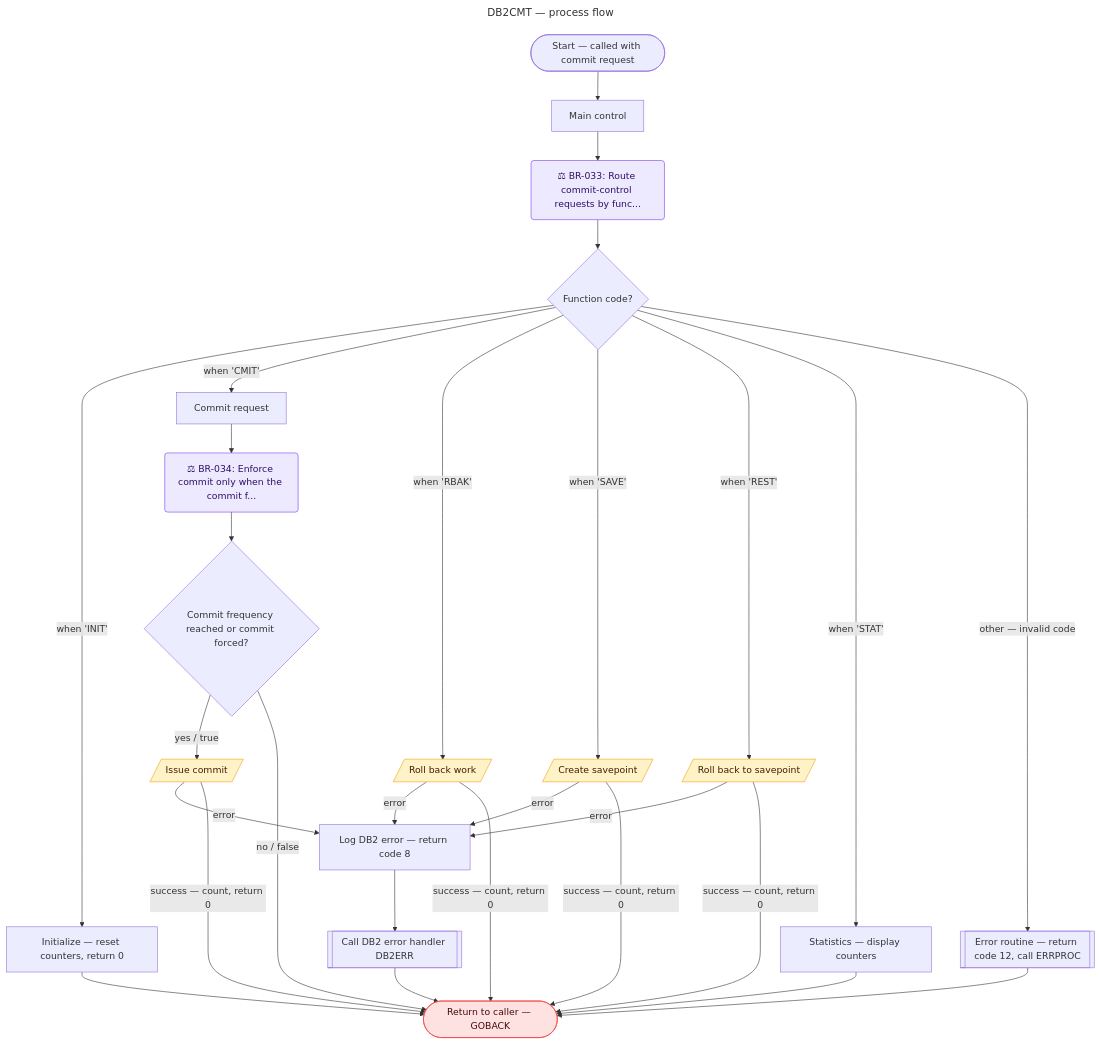
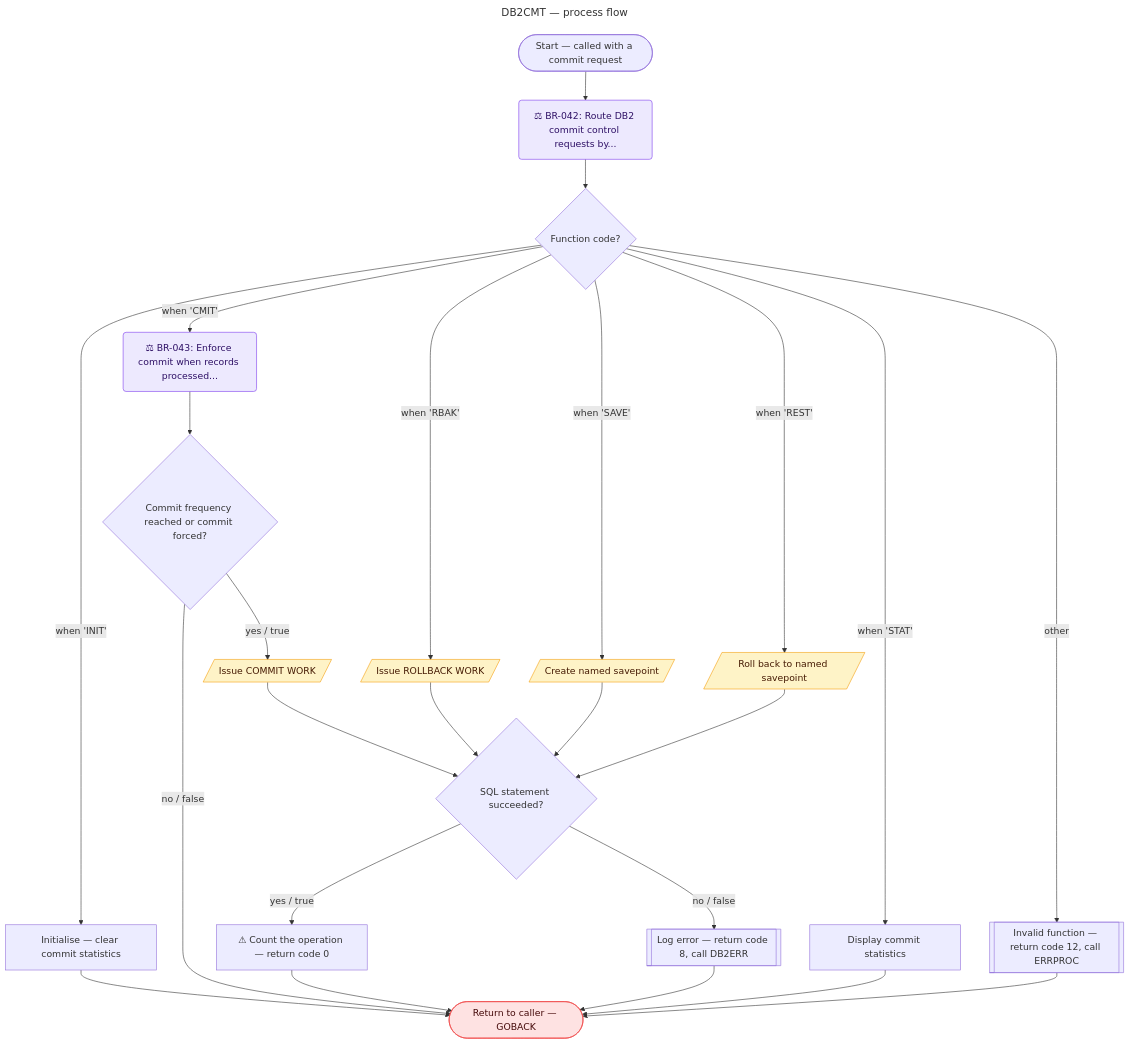
The diagram in output/diagram/diagrams/flow_DB2CMT.mmd (vighnasreevara/REVFORGE-Harness), drawn with Mermaid before and after one commit. The commit also changed 352 other files, not shown here.

```diff
--- a/output/diagram/diagrams/flow_DB2CMT.mmd
+++ b/output/diagram/diagrams/flow_DB2CMT.mmd
@@ -1,81 +1,73 @@
 ---
 title: DB2CMT — process flow
 ---
 flowchart TD
   %% Generated by 6_diagram agent — sequence-builder skill
-  %% Program: DB2CMT (called subprogram, logic_status partial) — 10 paragraphs, 2 business rules (2 inline)
+  %% Program: DB2CMT (called subprogram) — 10 paragraphs, 3 business rules, logic_status partial
   %% Edges: solid = confirmed; -.-> runtime:/uncertain: = uncertain; -.-> ? = unsupported
 
-  classDef rule     fill:#ede9fe,stroke:#7c3aed,color:#2e1065
-  classDef io       fill:#fef3c7,stroke:#f59e0b,color:#451a03
-  classDef terminal fill:#fee2e2,stroke:#ef4444,color:#450a0a
+  classDef rule       fill:#ede9fe,stroke:#7c3aed,color:#2e1065
+  classDef io         fill:#fef3c7,stroke:#f59e0b,color:#451a03
+  classDef terminal   fill:#fee2e2,stroke:#ef4444,color:#450a0a
 
-  START(["Start — called with commit request"])
-  PARA_0000["Main control"]
-  RULE_BR033("⚖ BR-033: Route commit-control requests by func..."):::rule
+  START(["Start — called with a commit request"])
+  RULE_BR042("⚖ BR-042: Route DB2 commit control requests by..."):::rule
   DEC_FUNC{"Function code?"}
-  PARA_1000["Initialize — reset counters, return 0"]
-  PARA_2000["Commit request"]
-  RULE_BR034("⚖ BR-034: Enforce commit only when the commit f..."):::rule
+  PARA_1000["Initialise — clear commit statistics"]
+  RULE_BR043("⚖ BR-043: Enforce commit when records processed..."):::rule
   DEC_COMMIT{"Commit frequency reached or commit forced?"}
-  PARA_2100[/"Issue commit"/]:::io
-  PARA_3000[/"Roll back work"/]:::io
-  PARA_4000[/"Create savepoint"/]:::io
-  PARA_5000[/"Roll back to savepoint"/]:::io
-  PARA_9100["Log DB2 error — return code 8"]
-  CALL_DB2ERR[["Call DB2 error handler DB2ERR"]]
-  PARA_6000["Statistics — display counters"]
-  PARA_9000[["Error routine — return code 12, call ERRPROC"]]
+  IO_COMMIT[/"Issue COMMIT WORK"/]:::io
+  IO_RBACK[/"Issue ROLLBACK WORK"/]:::io
+  IO_SAVE[/"Create named savepoint"/]:::io
+  IO_REST[/"Roll back to named savepoint"/]:::io
+  DEC_SQL{"SQL statement succeeded?"}
+  SET_OK["⚠ Count the operation — return code 0"]
+  CALL_DB2ERR[["Log error — return code 8, call DB2ERR"]]
+  PARA_6000["Display commit statistics"]
+  CALL_ERRPROC[["Invalid function — return code 12, call ERRPROC"]]
   TERMINAL(["Return to caller — GOBACK"]):::terminal
 
-  START --> PARA_0000
-  PARA_0000 --> RULE_BR033
-  RULE_BR033 --> DEC_FUNC
-  DEC_FUNC -->|when 'INIT'| PARA_1000
-  DEC_FUNC -->|when 'CMIT'| PARA_2000
-  DEC_FUNC -->|when 'RBAK'| PARA_3000
-  DEC_FUNC -->|when 'SAVE'| PARA_4000
-  DEC_FUNC -->|when 'REST'| PARA_5000
-  DEC_FUNC -->|when 'STAT'| PARA_6000
-  DEC_FUNC -->|other — invalid code| PARA_9000
-  PARA_2000 --> RULE_BR034
-  RULE_BR034 --> DEC_COMMIT
-  DEC_COMMIT -->|yes / true| PARA_2100
-  DEC_COMMIT -->|no / false| TERMINAL
-  PARA_2100 -->|error| PARA_9100
-  PARA_3000 -->|error| PARA_9100
-  PARA_4000 -->|error| PARA_9100
-  PARA_5000 -->|error| PARA_9100
-  PARA_9100 --> CALL_DB2ERR
-  CALL_DB2ERR --> TERMINAL
-  PARA_2100 -->|success — count, return 0| TERMINAL
-  PARA_3000 -->|success — count, return 0| TERMINAL
-  PARA_4000 -->|success — count, return 0| TERMINAL
-  PARA_5000 -->|success — count, return 0| TERMINAL
-  PARA_1000 --> TERMINAL
-  PARA_6000 --> TERMINAL
-  PARA_9000 --> TERMINAL
-
-  %% REVFORGE-ID START file_id=SYS-PORTFOLIO-001-FIL-0054 path_id=SYS-PORTFOLIO-001-PATH-0054
-  %% REVFORGE-ID PARA_0000 paragraph_id=SYS-PORTFOLIO-001-FIL-0054-PAR-0001 statement_id=null
-  %% REVFORGE-ID RULE_BR033 paragraph_id=SYS-PORTFOLIO-001-FIL-0054-PAR-0001 statement_id=SYS-PORTFOLIO-001-FIL-0054-STMT-000001 rule_id=BR-033
+  %% REVFORGE-ID RULE_BR042 paragraph_id=SYS-PORTFOLIO-001-FIL-0054-PAR-0001 statement_id=SYS-PORTFOLIO-001-FIL-0054-STMT-000001
   %% REVFORGE-ID DEC_FUNC paragraph_id=SYS-PORTFOLIO-001-FIL-0054-PAR-0001 statement_id=SYS-PORTFOLIO-001-FIL-0054-STMT-000001
   %% REVFORGE-ID PARA_1000 paragraph_id=SYS-PORTFOLIO-001-FIL-0054-PAR-0002 statement_id=SYS-PORTFOLIO-001-FIL-0054-STMT-000025
-  %% REVFORGE-ID PARA_2000 paragraph_id=SYS-PORTFOLIO-001-FIL-0054-PAR-0003 statement_id=SYS-PORTFOLIO-001-FIL-0054-STMT-000024
-  %% REVFORGE-ID RULE_BR034 paragraph_id=SYS-PORTFOLIO-001-FIL-0054-PAR-0003 statement_id=SYS-PORTFOLIO-001-FIL-0054-STMT-000005 rule_id=BR-034
-  %% REVFORGE-ID DEC_COMMIT paragraph_id=SYS-PORTFOLIO-001-FIL-0054-PAR-0003 statement_id=SYS-PORTFOLIO-001-FIL-0054-STMT-000005 field_id=SYS-PORTFOLIO-001-FIL-0054-FLD-000013
-  %% REVFORGE-ID PARA_2100 paragraph_id=SYS-PORTFOLIO-001-FIL-0054-PAR-0004 statement_id=SYS-PORTFOLIO-001-FIL-0054-STMT-000006
-  %% REVFORGE-ID PARA_3000 paragraph_id=SYS-PORTFOLIO-001-FIL-0054-PAR-0005 statement_id=SYS-PORTFOLIO-001-FIL-0054-STMT-000008
-  %% REVFORGE-ID PARA_4000 paragraph_id=SYS-PORTFOLIO-001-FIL-0054-PAR-0006 statement_id=SYS-PORTFOLIO-001-FIL-0054-STMT-000011
-  %% REVFORGE-ID PARA_5000 paragraph_id=SYS-PORTFOLIO-001-FIL-0054-PAR-0007 statement_id=SYS-PORTFOLIO-001-FIL-0054-STMT-000014
-  %% REVFORGE-ID PARA_9100 paragraph_id=SYS-PORTFOLIO-001-FIL-0054-PAR-0010 statement_id=null
+  %% REVFORGE-ID RULE_BR043 paragraph_id=SYS-PORTFOLIO-001-FIL-0054-PAR-0003 statement_id=SYS-PORTFOLIO-001-FIL-0054-STMT-000005
+  %% REVFORGE-ID DEC_COMMIT paragraph_id=SYS-PORTFOLIO-001-FIL-0054-PAR-0003 statement_id=SYS-PORTFOLIO-001-FIL-0054-STMT-000005
+  %% REVFORGE-ID IO_COMMIT paragraph_id=SYS-PORTFOLIO-001-FIL-0054-PAR-0004 statement_id=SYS-PORTFOLIO-001-FIL-0054-STMT-000006
+  %% REVFORGE-ID IO_RBACK paragraph_id=SYS-PORTFOLIO-001-FIL-0054-PAR-0005 statement_id=SYS-PORTFOLIO-001-FIL-0054-STMT-000008
+  %% REVFORGE-ID IO_SAVE paragraph_id=SYS-PORTFOLIO-001-FIL-0054-PAR-0006 statement_id=SYS-PORTFOLIO-001-FIL-0054-STMT-000011
+  %% REVFORGE-ID IO_REST paragraph_id=SYS-PORTFOLIO-001-FIL-0054-PAR-0007 statement_id=SYS-PORTFOLIO-001-FIL-0054-STMT-000014
+  %% REVFORGE-ID DEC_SQL paragraph_id=SYS-PORTFOLIO-001-FIL-0054-PAR-0004 statement_id=SYS-PORTFOLIO-001-FIL-0054-STMT-000007
+  %% REVFORGE-ID SET_OK paragraph_id=SYS-PORTFOLIO-001-FIL-0054-PAR-0004 statement_id=SYS-PORTFOLIO-001-FIL-0054-STMT-000037
   %% REVFORGE-ID CALL_DB2ERR paragraph_id=SYS-PORTFOLIO-001-FIL-0054-PAR-0010 statement_id=SYS-PORTFOLIO-001-FIL-0054-STMT-000023
   %% REVFORGE-ID PARA_6000 paragraph_id=SYS-PORTFOLIO-001-FIL-0054-PAR-0008 statement_id=SYS-PORTFOLIO-001-FIL-0054-STMT-000029
-  %% REVFORGE-ID PARA_9000 paragraph_id=SYS-PORTFOLIO-001-FIL-0054-PAR-0009 statement_id=SYS-PORTFOLIO-001-FIL-0054-STMT-000022
+  %% REVFORGE-ID CALL_ERRPROC paragraph_id=SYS-PORTFOLIO-001-FIL-0054-PAR-0009 statement_id=SYS-PORTFOLIO-001-FIL-0054-STMT-000022
   %% REVFORGE-ID TERMINAL paragraph_id=SYS-PORTFOLIO-001-FIL-0054-PAR-0001 statement_id=SYS-PORTFOLIO-001-FIL-0054-STMT-000002
 
-  %% The SQLCODE = 0 checks after each SQL operation (2100, 3000, 4000, 5000) are drawn as success / error edges.
-  %% SQLCODE is supplied by the DB2 precompiler SQLCA and has no Field ID.
-  %% Logic Agent warning (call_interface_mismatch, flagged for SME review): CALL DB2ERR passes LS-ERROR-INFO (84 bytes),
-  %% which does not match DB2ERR's request block; the effect is not asserted. ERRPROC and DB2ERR are not traced here.
-  %% No medium- or low-confidence rules for this program.
+  START --> RULE_BR042
+  RULE_BR042 --> DEC_FUNC
+  DEC_FUNC -->|when 'INIT'| PARA_1000
+  DEC_FUNC -->|when 'CMIT'| RULE_BR043
+  DEC_FUNC -->|when 'RBAK'| IO_RBACK
+  DEC_FUNC -->|when 'SAVE'| IO_SAVE
+  DEC_FUNC -->|when 'REST'| IO_REST
+  DEC_FUNC -->|when 'STAT'| PARA_6000
+  DEC_FUNC -->|other| CALL_ERRPROC
+  PARA_1000 --> TERMINAL
+  RULE_BR043 --> DEC_COMMIT
+  DEC_COMMIT -->|yes / true| IO_COMMIT
+  DEC_COMMIT -->|no / false| TERMINAL
+  IO_COMMIT --> DEC_SQL
+  IO_RBACK --> DEC_SQL
+  IO_SAVE --> DEC_SQL
+  IO_REST --> DEC_SQL
+  DEC_SQL -->|yes / true| SET_OK
+  DEC_SQL -->|no / false| CALL_DB2ERR
+  SET_OK --> TERMINAL
+  CALL_DB2ERR --> TERMINAL
+  PARA_6000 --> TERMINAL
+  CALL_ERRPROC --> TERMINAL
+
+  %% DEC_SQL and SET_OK stand for the SQLCODE check after each of the four SQL statements (2100, 3000, 4000, 5000).
+  %% When no commit is issued, and for STAT, no statement sets the return code (Agent 4). SQLCODE has no Field ID.
+  %% Medium and low confidence rules not shown inline:
+  %% ⚠ BR-044 (low): Calculate commit, rollback and savepoint statistics counters — see paragraphs 2100-ISSUE-COMMIT / 3000-ROLLBACK / 4000-SAVEPOINT / 5000-RESTORE · SME review
```
